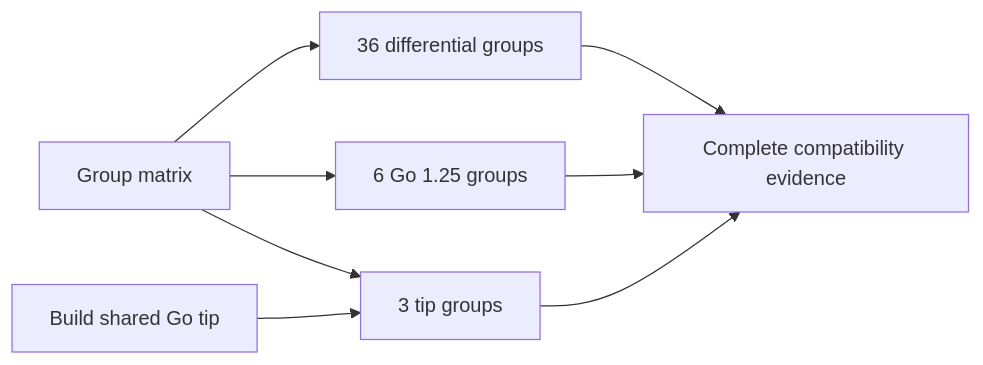
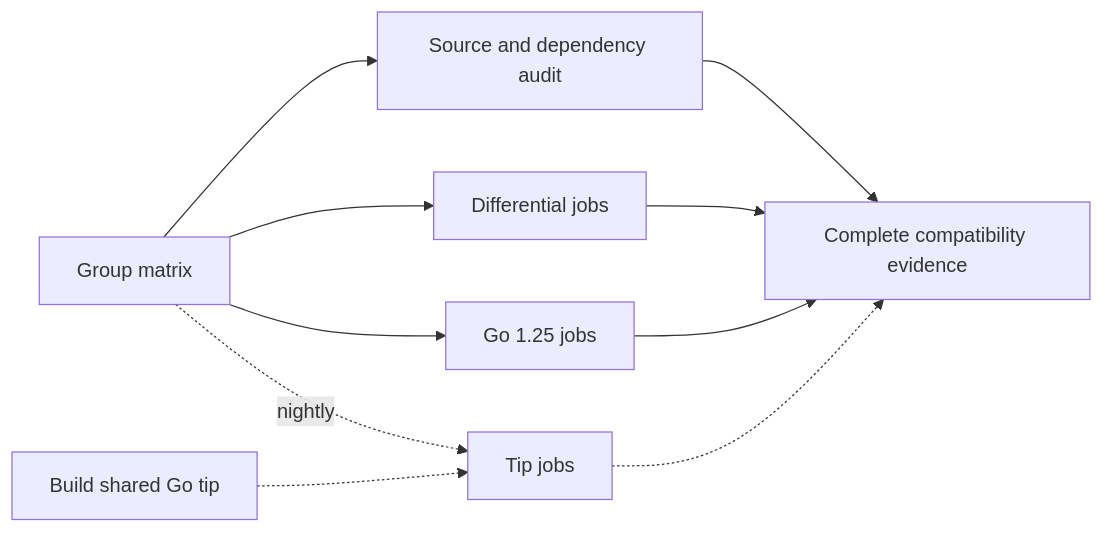
The diagram in docs/validation.md (tonyredondo/dd-ci-testing-poc), drawn with Mermaid before and after one commit. The commit also changed other lines of this file and 4 other files, not shown here.

````diff
--- a/docs/validation.md
+++ b/docs/validation.md
@@ -202,10 +221,12 @@
 ```mermaid
 flowchart LR
-    Plan[Group matrix] --> Differential[36 differential groups]
-    Plan --> Mini[6 Go 1.25 groups]
-    Plan --> Tip[3 tip groups]
-    Toolchain[Build shared Go tip] --> Tip
-    Differential --> Evidence[Complete compatibility evidence]
+    Plan[Group matrix] --> Audit[Source and dependency audit]
+    Plan --> Differential[Differential jobs]
+    Plan --> Mini[Go 1.25 jobs]
+    Plan -. nightly .-> Tip[Tip jobs]
+    Toolchain[Build shared Go tip] -.-> Tip
+    Audit --> Evidence[Complete compatibility evidence]
+    Differential --> Evidence
     Mini --> Evidence
-    Tip --> Evidence
+    Tip -.-> Evidence
 ```
````
